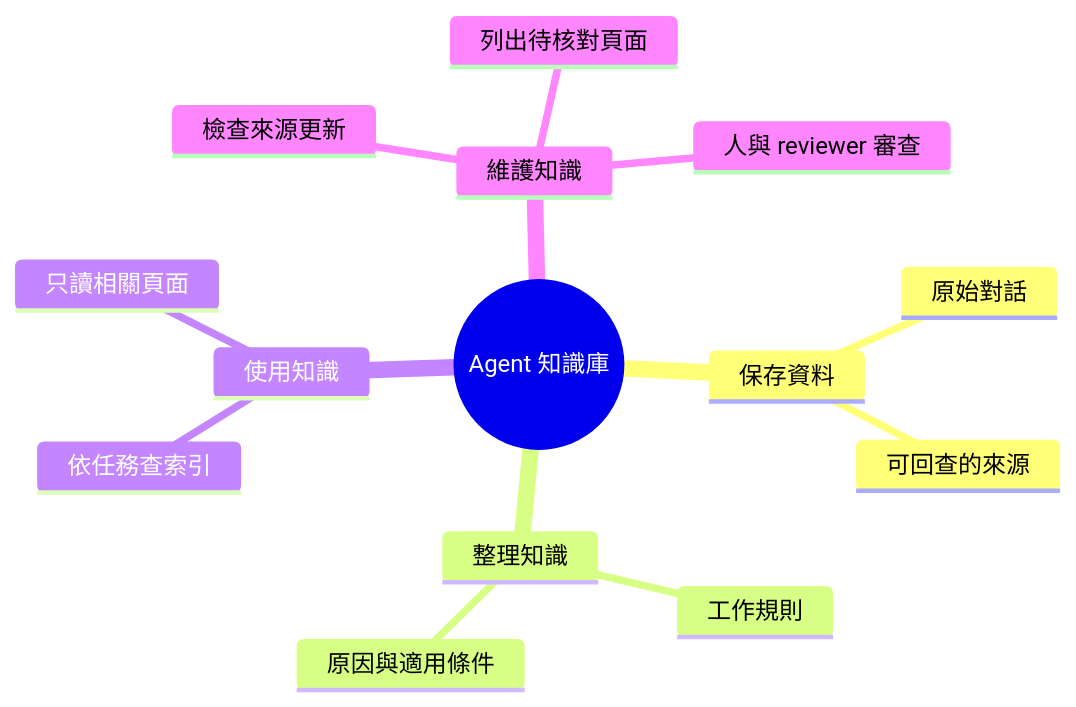
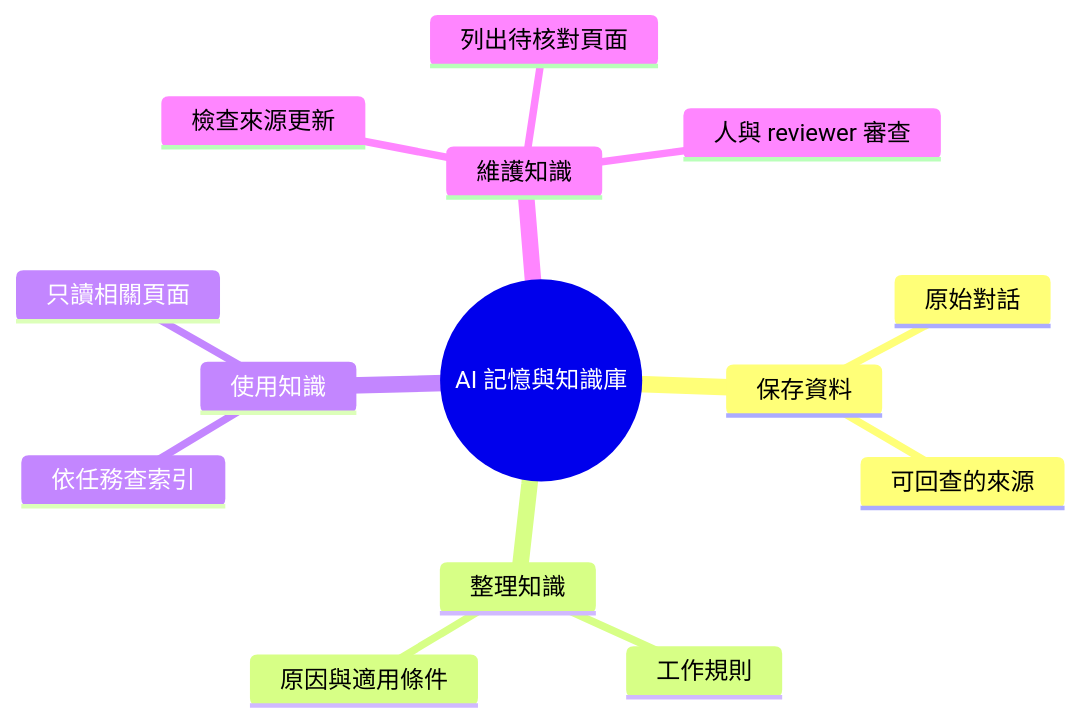
Before and after one commit to minxinchen/wiki-change-impact: the second of 2 diagrams in README.md, drawn with Mermaid. The commit also changed other lines of this file, not shown here.

Commit message:
Name project AI memory and knowledge base

````diff
--- a/README.md
+++ b/README.md
@@ -69,17 +69,17 @@
 ```mermaid
 mindmap
-  root((Agent 知識庫))
+  root((AI 記憶與知識庫))
     保存資料
       原始對話
       可回查的來源
     整理知識
       工作規則
       原因與適用條件
     使用知識
       依任務查索引
       只讀相關頁面
     維護知識
       檢查來源更新
       列出待核對頁面
       人與 reviewer 審查
 ```
````
